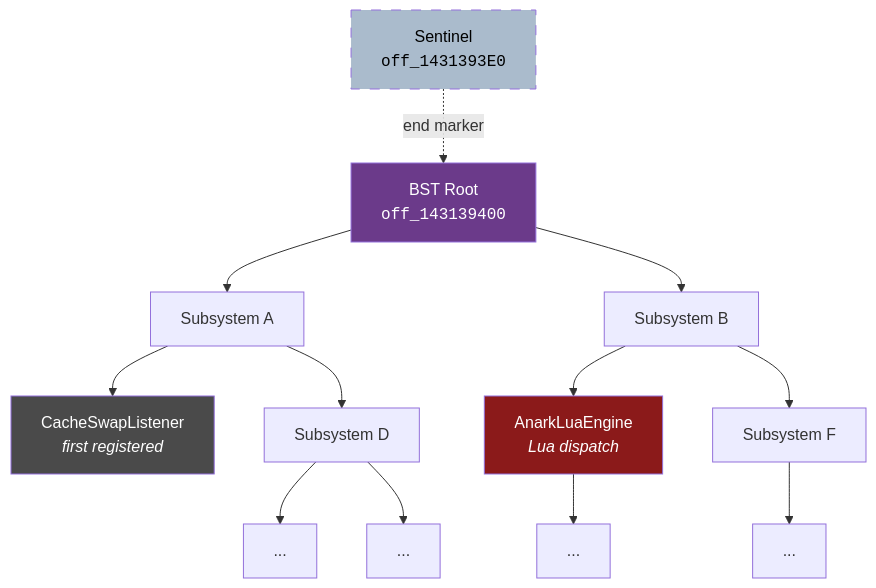
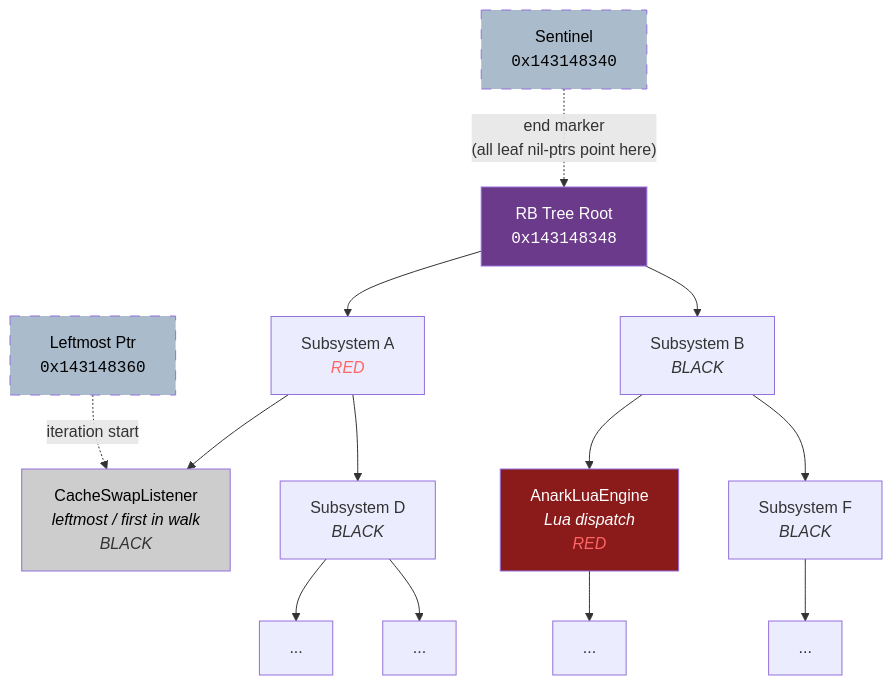
One commit to eg3r/X4Native changed the first of 8 diagrams in docs/rev/SUBSYSTEMS.md. Above: the diagram before and after it, drawn with Mermaid. The commit also changed other lines of this file and 13 other files, not shown here.

````diff
--- a/docs/rev/SUBSYSTEMS.md
+++ b/docs/rev/SUBSYSTEMS.md
@@ -17,20 +19,22 @@
 ```mermaid
 graph TD
-    ROOT["BST Root\n<code>off_143139400</code>"] --> A["Subsystem A"]
-    ROOT --> B["Subsystem B"]
-    A --> C["CacheSwapListener\n<i>first registered</i>"]
-    A --> D["Subsystem D"]
-    B --> E["AnarkLuaEngine\n<i>Lua dispatch</i>"]
-    B --> F["Subsystem F"]
+    ROOT["RB Tree Root\n<code>0x143148348</code>"] --> A["Subsystem A\n<i style='color:#ff6666'>RED</i>"]
+    ROOT --> B["Subsystem B\n<i style='color:#333'>BLACK</i>"]
+    A --> C["CacheSwapListener\n<i>leftmost / first in walk</i>\n<i style='color:#333'>BLACK</i>"]
+    A --> D["Subsystem D\n<i style='color:#333'>BLACK</i>"]
+    B --> E["AnarkLuaEngine\n<i>Lua dispatch</i>\n<i style='color:#ff6666'>RED</i>"]
+    B --> F["Subsystem F\n<i style='color:#333'>BLACK</i>"]
     D --> G["..."]
     D --> H["..."]
     E --> I["..."]
     F --> J["..."]
 
-    SENT["Sentinel\n<code>off_1431393E0</code>"] -.->|"end marker"| ROOT
+    SENT["Sentinel\n<code>0x143148340</code>"] -.->|"end marker\n(all leaf nil-ptrs point here)"| ROOT
+    LEFT["Leftmost Ptr\n<code>0x143148360</code>"] -.->|"iteration start"| C
 
     style ROOT fill:#6b3a8a,color:#fff
-    style C fill:#4a4a4a,color:#fff
+    style C fill:#cdcdcd,color:#000
     style E fill:#8b1a1a,color:#fff
     style SENT fill:#aabbcc,color:#000,stroke-dasharray: 10 10
+    style LEFT fill:#aabbcc,color:#000,stroke-dasharray: 10 10
 ```
````
